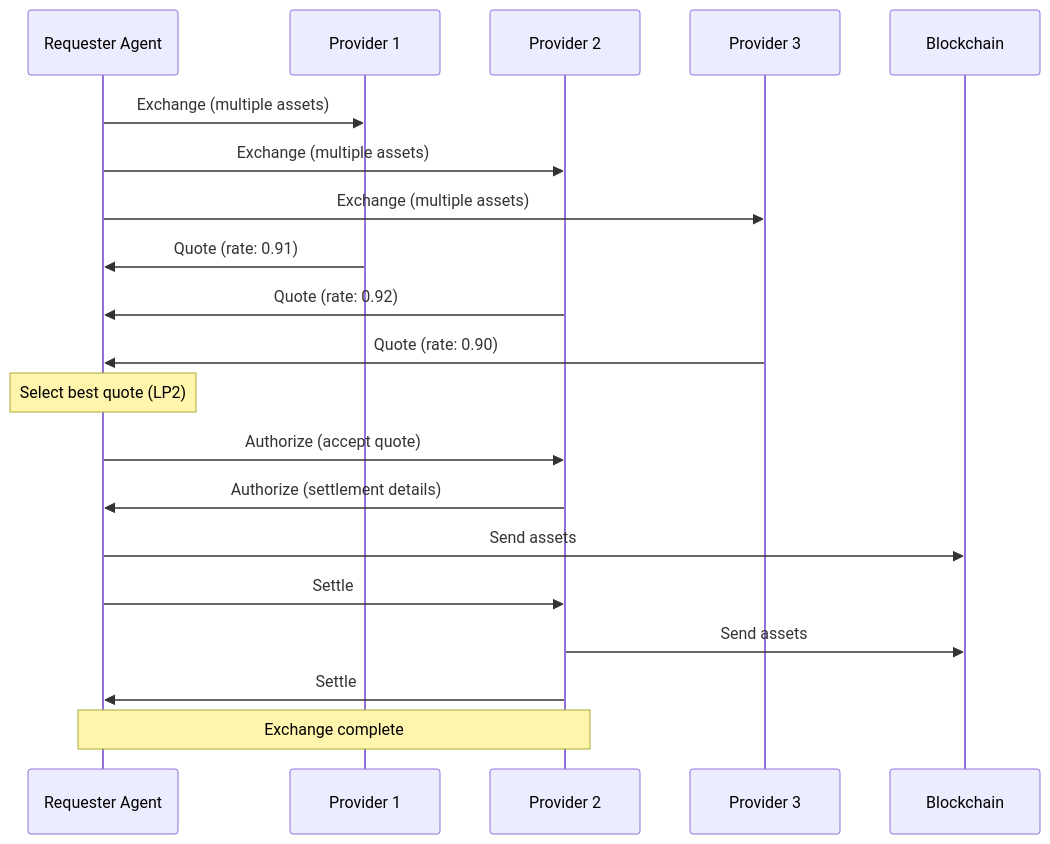
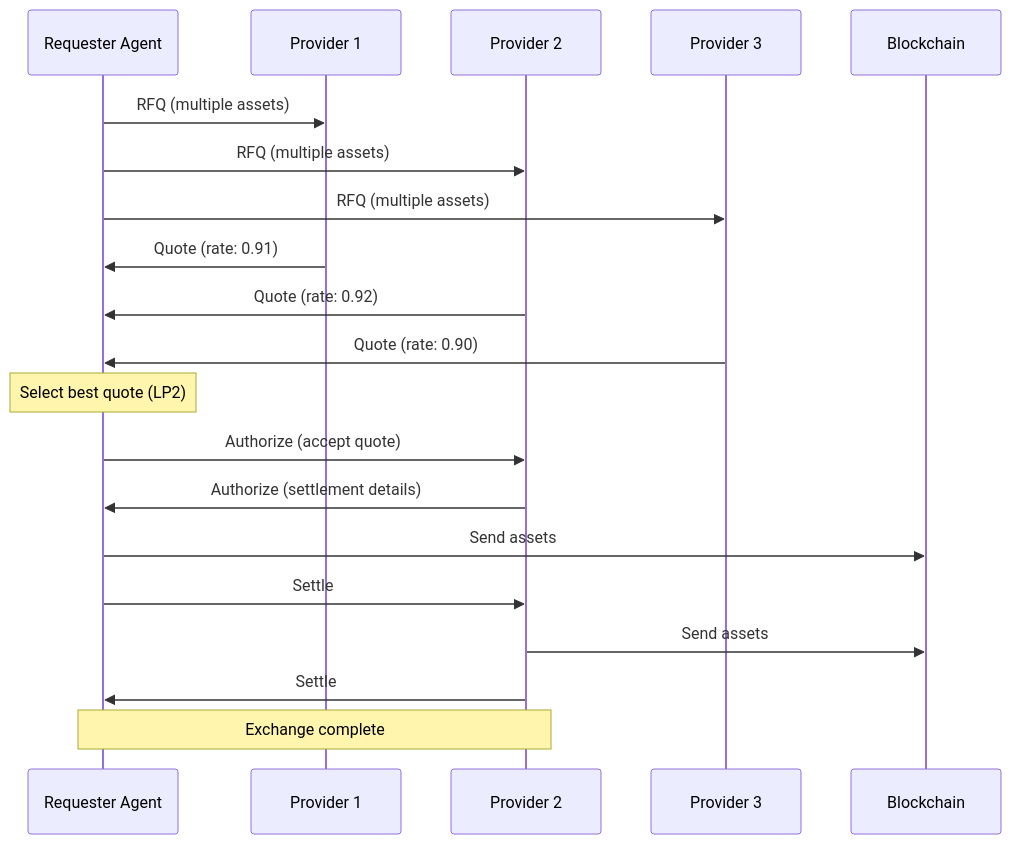
One commit to TransactionAuthorizationProtocol/TAIPs changed the fifth of 5 diagrams in TAIPs/taip-18.md. Above: the diagram before and after it, drawn with Mermaid. The commit also changed other lines of this file and 11 other files, not shown here.

First line of the commit message:
Rename TAIP-18 Exchange message type to RFQ

````diff
--- a/TAIPs/taip-18.md
+++ b/TAIPs/taip-18.md
@@ -587,29 +587,29 @@
 ```mermaid
 sequenceDiagram
     participant Requester as Requester Agent
     participant LP1 as Provider 1
     participant LP2 as Provider 2
     participant LP3 as Provider 3
     participant Blockchain
 
-    Requester->>LP1: Exchange (multiple assets)
-    Requester->>LP2: Exchange (multiple assets)
-    Requester->>LP3: Exchange (multiple assets)
+    Requester->>LP1: RFQ (multiple assets)
+    Requester->>LP2: RFQ (multiple assets)
+    Requester->>LP3: RFQ (multiple assets)
 
     LP1->>Requester: Quote (rate: 0.91)
     LP2->>Requester: Quote (rate: 0.92)
     LP3->>Requester: Quote (rate: 0.90)
 
     Note over Requester: Select best quote (LP2)
 
     Requester->>LP2: Authorize (accept quote)
     LP2->>Requester: Authorize (settlement details)
 
     Requester->>Blockchain: Send assets
     Requester->>LP2: Settle
 
     LP2->>Blockchain: Send assets
     LP2->>Requester: Settle
 
     Note over Requester,LP2: Exchange complete
 ```
````
